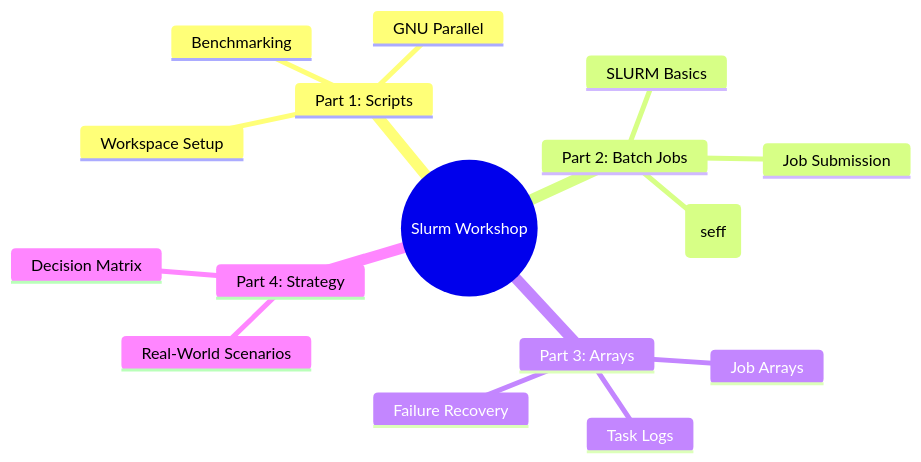
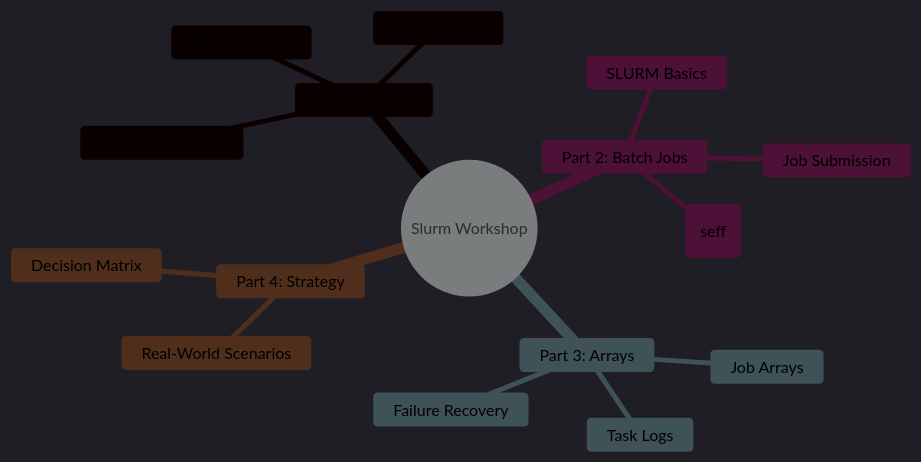
Before and after one commit to ISUgenomics/slurm-workshop-2026: the diagram in README.md, drawn with Mermaid.

Commit message:
updated mermaid block with the dark theme initialisation directive

````diff
--- a/README.md
+++ b/README.md
@@ -12,19 +12,20 @@
 ```mermaid
+%%{init: {'theme': 'dark', 'themeVariables': { 'darkMode': true }}}%%
 mindmap
   root((Slurm Workshop))
     Part 1: Scripts
       Workspace Setup
       Benchmarking
       GNU Parallel
     Part 2: Batch Jobs
       SLURM Basics
       Job Submission
       Efficiency (seff)
     Part 3: Arrays
       Job Arrays
       Task Logs
       Failure Recovery
     Part 4: Strategy
       Decision Matrix
       Real-World Scenarios
 ```
````
